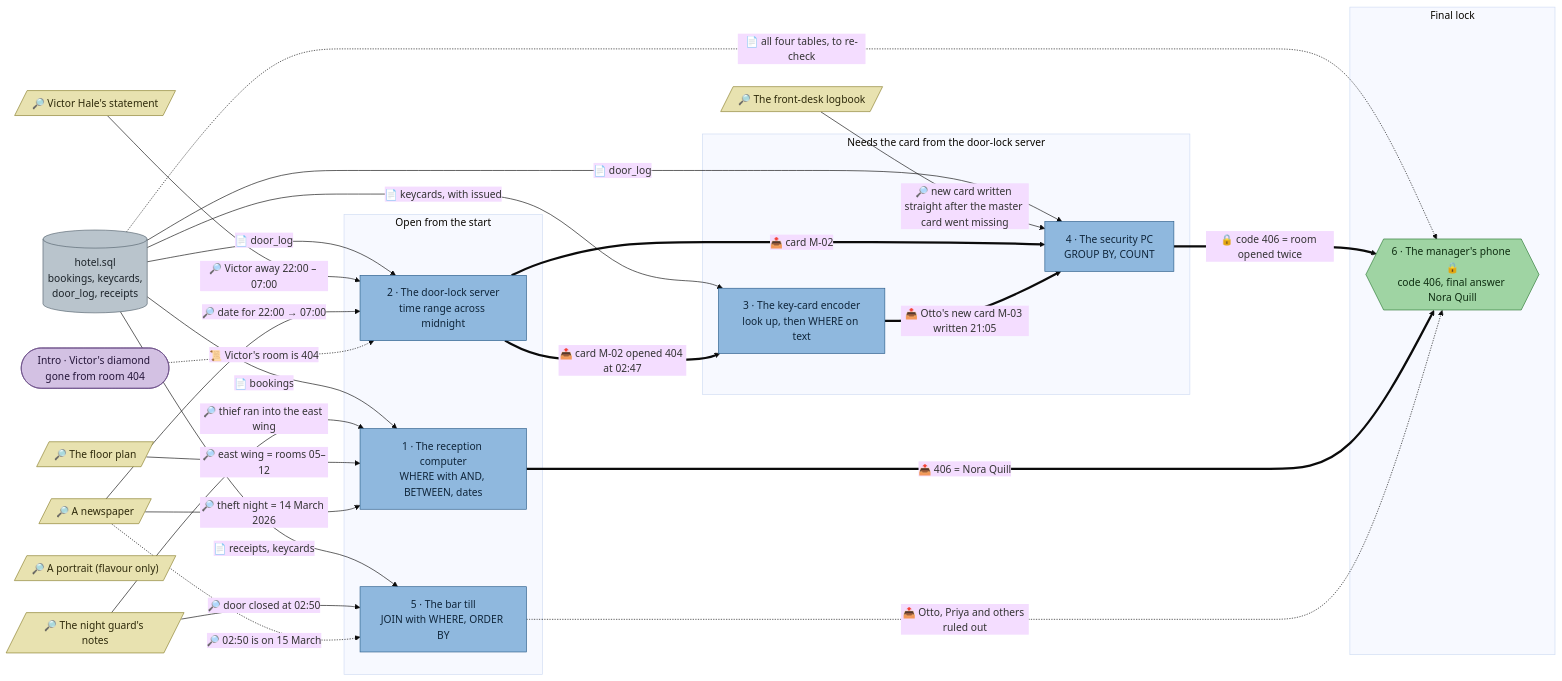
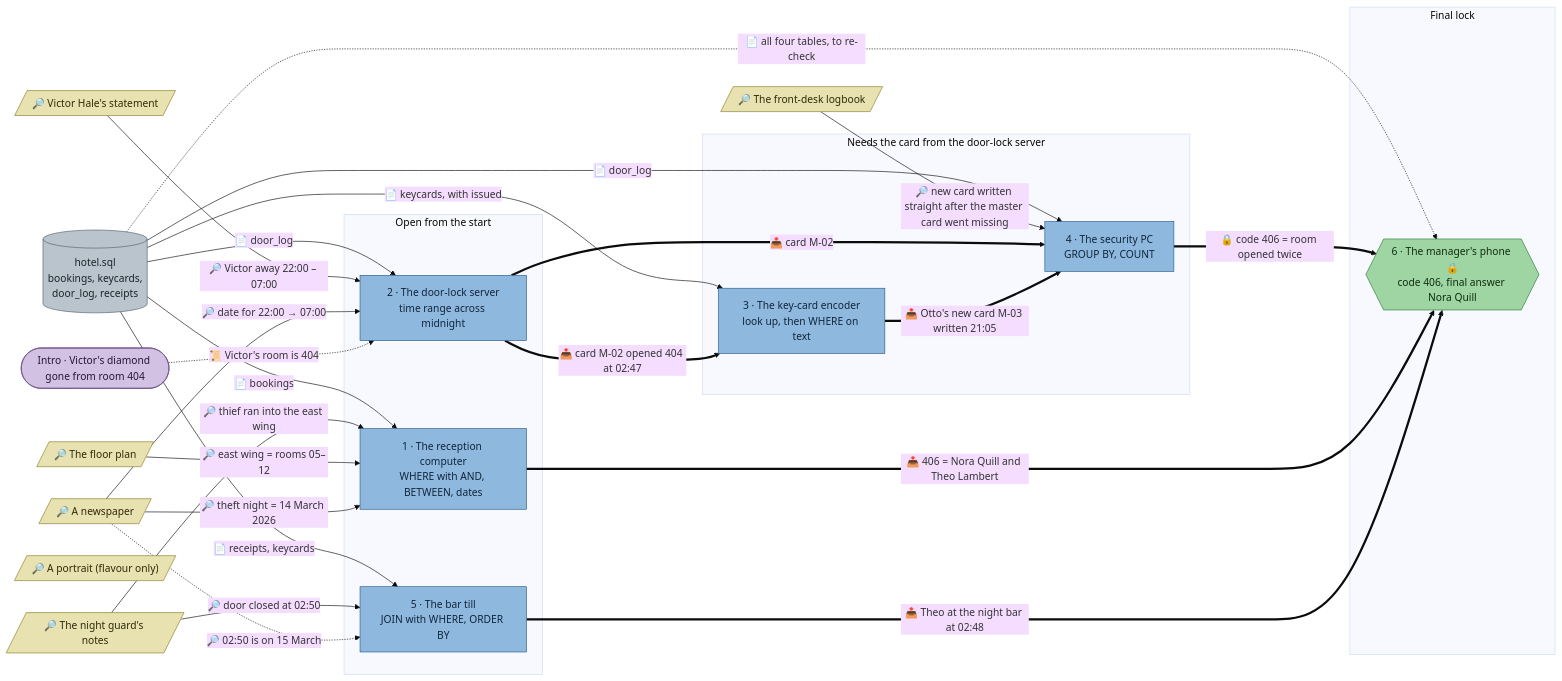
Before and after one commit to mhoffmann-wbs/DataScienceEscapeRooms: the diagram in docs/flows/sql-hotel.md, drawn with Mermaid (base theme). The commit also changed other lines of this file and 5 other files, not shown here.

Commit message:
Blue Index: the bar till is needed to escape. Room 406 has a second guest, Theo Lambert, with a night-bar receipt at 02:48, so the phone's name needs the alibis; reception sorts by room, then name

````diff
--- a/docs/flows/sql-hotel.md
+++ b/docs/flows/sql-hotel.md
@@ -5,65 +5,65 @@
 ```mermaid
 flowchart LR
   intro(["Intro · Victor's diamond gone from room 404"])
 
   newspaper[/"🔎 A newspaper"/]
   floorplan[/"🔎 The floor plan"/]
   statement[/"🔎 Victor Hale's statement"/]
   logbook[/"🔎 The front-desk logbook"/]
   guard[/"🔎 The night guard's notes"/]
   painting[/"🔎 A portrait (flavour only)"/]
 
   d_hotel[("hotel.sql<br/>bookings, keycards,<br/>door_log, receipts")]
 
   subgraph p1["Open from the start"]
     reception["1 · The reception computer<br/>WHERE with AND, BETWEEN, dates"]
     doorlog["2 · The door-lock server<br/>time range across midnight"]
     alibis["5 · The bar till<br/>JOIN with WHERE, ORDER BY"]
   end
 
   subgraph p2["Needs the card from the door-lock server"]
     cardholders["3 · The key-card encoder<br/>look up, then WHERE on text"]
     mastercard["4 · The security PC<br/>GROUP BY, COUNT"]
   end
 
   subgraph p3["Final lock"]
     accusation{{"6 · The manager's phone 🔒<br/>code 406, final answer Nora Quill"}}
   end
 
   d_hotel -->|"📄 bookings"| reception
   d_hotel -->|"📄 door_log"| doorlog
   d_hotel -->|"📄 keycards, with issued"| cardholders
   d_hotel -->|"📄 door_log"| mastercard
   d_hotel -->|"📄 receipts, keycards"| alibis
   d_hotel -.->|"📄 all four tables, to re-check"| accusation
 
   guard -->|"🔎 thief ran into the east wing"| reception
   floorplan -->|"🔎 east wing = rooms 05–12"| reception
   newspaper -->|"🔎 theft night = 14 March 2026"| reception
   statement -->|"🔎 Victor away 22:00 – 07:00"| doorlog
   newspaper -->|"🔎 date for 22:00 → 07:00"| doorlog
   logbook -->|"🔎 new card written straight after the master card went missing"| mastercard
   guard -->|"🔎 door closed at 02:50"| alibis
   newspaper -.->|"🔎 02:50 is on 15 March"| alibis
   intro -.->|"📜 Victor's room is 404"| doorlog
 
   doorlog ==>|"📤 card M-02 opened 404 at 02:47"| cardholders
   doorlog ==>|"📤 card M-02"| mastercard
   cardholders ==>|"📤 Otto's new card M-03 written 21:05"| mastercard
 
   mastercard ==>|"🔒 code 406 = room opened twice"| accusation
-  reception ==>|"📤 406 = Nora Quill"| accusation
-  alibis -.->|"📤 Otto, Priya and others ruled out"| accusation
+  reception ==>|"📤 406 = Nora Quill and Theo Lambert"| accusation
+  alibis ==>|"📤 Theo at the night bar at 02:48"| accusation
 
   classDef station fill:#8fb8de,stroke:#2b5d8a,color:#10263b
   classDef locked fill:#e0b36a,stroke:#8a5a12,color:#3a2504
   classDef clue fill:#e8e2b0,stroke:#8a7f2b,color:#2e2a0b
   classDef data fill:#b9c4cc,stroke:#55636e,color:#1c2329
   classDef final fill:#9fd4a3,stroke:#2f7a36,color:#0f2e12
   classDef intro fill:#d3c1e3,stroke:#6a4c86,color:#25163a
   class reception,doorlog,alibis,cardholders,mastercard station
   class newspaper,floorplan,statement,logbook,guard,painting clue
   class d_hotel data
   class accusation final
   class intro intro
 ```
````
